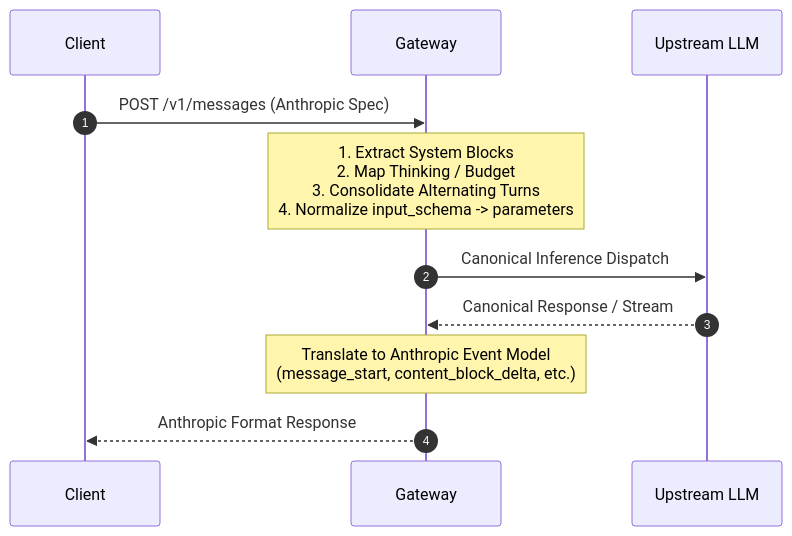
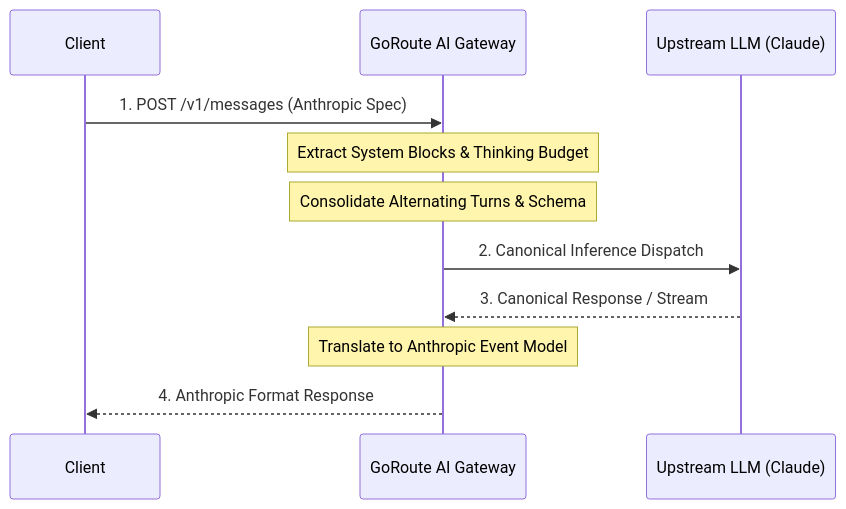
The diagram in docs/data-plane/messages.md (goroute-ai/goroute-ai.github.io), drawn with Mermaid before and after one commit. The commit also changed 12 other files, not shown here.

Commit message:
fix(mermaid): overhaul sequence diagrams, eliminate parser drops, and polish styling

````diff
--- a/docs/data-plane/messages.md
+++ b/docs/data-plane/messages.md
@@ -34,10 +34,14 @@
 ```mermaid
 sequenceDiagram
-    autonumber
-    Client ->> Gateway: POST /v1/messages (Anthropic Spec)
-    Note over Gateway: 1. Extract System Blocks<br/>2. Map Thinking / Budget<br/>3. Consolidate Alternating Turns<br/>4. Normalize input_schema -> parameters
-    Gateway ->> Upstream LLM: Canonical Inference Dispatch
-    Upstream LLM -->> Gateway: Canonical Response / Stream
-    Note over Gateway: Translate to Anthropic Event Model<br/>(message_start, content_block_delta, etc.)
-    Gateway -->> Client: Anthropic Format Response
+    participant Client
+    participant GW as GoRoute AI Gateway
+    participant LLM as Upstream LLM (Claude)
+
+    Client->>GW: 1. POST /v1/messages (Anthropic Spec)
+    Note over GW: Extract System Blocks & Thinking Budget
+    Note over GW: Consolidate Alternating Turns & Schema
+    GW->>LLM: 2. Canonical Inference Dispatch
+    LLM-->>GW: 3. Canonical Response / Stream
+    Note over GW: Translate to Anthropic Event Model
+    GW-->>Client: 4. Anthropic Format Response
 ```
````
